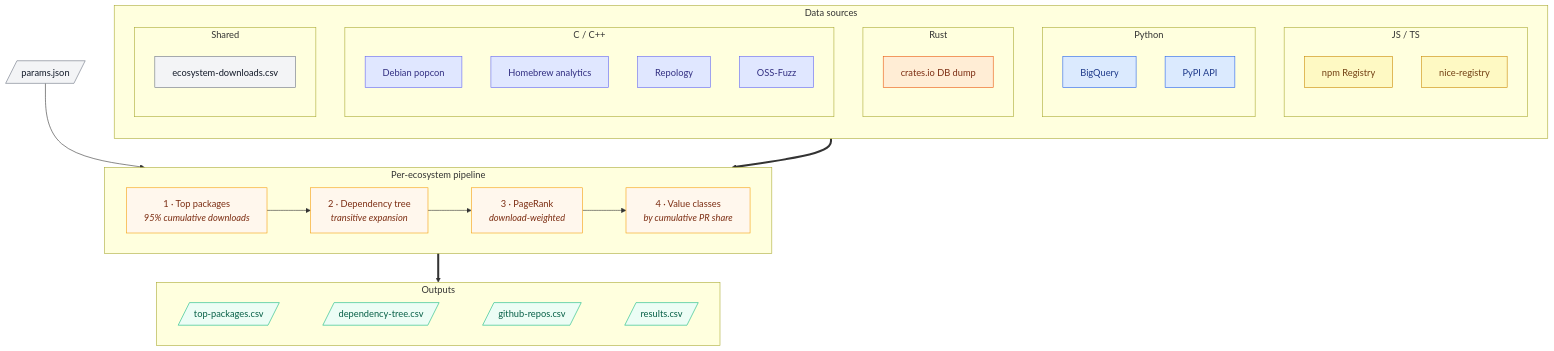
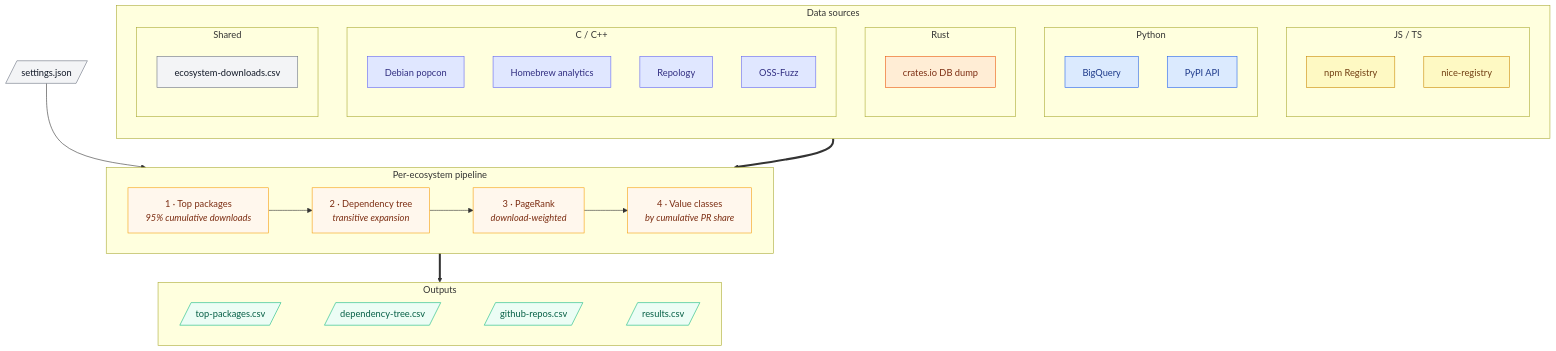
One commit to osendowment/model changed the diagram in docs/value.md. Above: the diagram before and after it, drawn with Mermaid. The commit also changed other lines of this file and 3 other files, not shown here.

````diff
--- a/docs/value.md
+++ b/docs/value.md
@@ -74,71 +74,71 @@
 ```mermaid
 graph TB
     subgraph sources ["Data sources"]
         direction TB
         subgraph js ["JS / TS"]
             direction TB
             s1["npm Registry"]
             s8["nice-registry"]
         end
         subgraph py ["Python"]
             direction TB
             s2a["BigQuery"]
             s2b["PyPI API"]
         end
         subgraph rs ["Rust"]
             direction TB
             s3["crates.io DB dump"]
         end
         subgraph cpp ["C / C++"]
             direction TB
             s4["Debian popcon"]
             s5["Homebrew analytics"]
             s6["Repology"]
             s7["OSS-Fuzz"]
         end
         subgraph shared ["Shared"]
             direction TB
             s9["ecosystem-downloads.csv"]
         end
     end
 
-    params[/"params.json"/]
+    params[/"settings.json"/]
 
     subgraph pipeline ["Per-ecosystem pipeline"]
         direction LR
         top["1 · Top packages<br/><i>95% cumulative downloads</i>"]
         deps["2 · Dependency tree<br/><i>transitive expansion</i>"]
         pr["3 · PageRank<br/><i>download-weighted</i>"]
         vc["4 · Value classes<br/><i>by cumulative PR share</i>"]
         top --> deps --> pr --> vc
     end
 
     params --> pipeline
 
     subgraph outputs ["Outputs"]
         direction LR
         o1[/"top-packages.csv"/]
         o2[/"dependency-tree.csv"/]
         o3[/"github-repos.csv"/]
         o4[/"results.csv"/]
         o1 ~~~ o2 ~~~ o3 ~~~ o4
     end
 
     sources ==> pipeline ==> outputs
 
     classDef js fill:#fef9c3,stroke:#ca8a04,color:#713f12;
     classDef py fill:#dbeafe,stroke:#2563eb,color:#1e3a8a;
     classDef rs fill:#ffedd5,stroke:#ea580c,color:#7c2d12;
     classDef cpp fill:#e0e7ff,stroke:#6366f1,color:#312e81;
     classDef shared fill:#f3f4f6,stroke:#6b7280,color:#111827;
     classDef step fill:#fff7ed,stroke:#f59e0b,color:#7c2d12;
     classDef out fill:#ecfdf5,stroke:#10b981,color:#065f46;
     class s1,s8 js;
     class s2a,s2b py;
     class s3 rs;
     class s4,s5,s6,s7 cpp;
     class s9 shared;
     class params shared;
     class top,deps,pr,vc step;
     class o1,o2,o3,o4 out;
 ```
````
